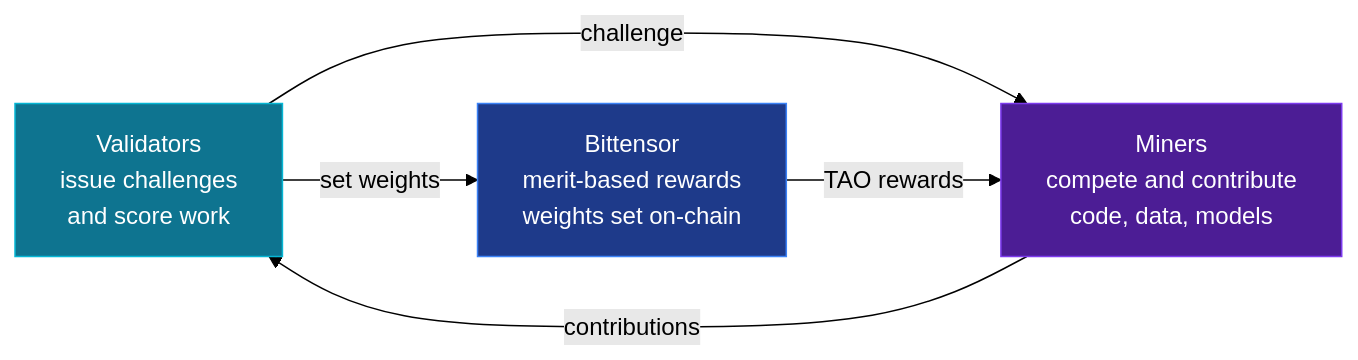
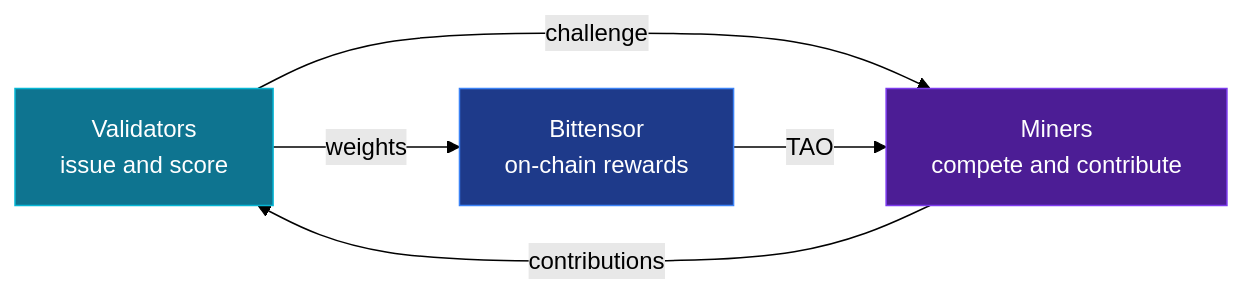
Before and after one commit to BaseIntelligence/.github: the second of 3 diagrams in profile/README.md, drawn with Mermaid (forest theme). The commit also changed other lines of this file, not shown here.

Commit message:
Optimize mermaid diagrams for width over height

````diff
--- a/profile/README.md
+++ b/profile/README.md
@@ -98,15 +95,16 @@
 ```mermaid
+%%{init: {'flowchart': {'nodeSpacing': 30, 'rankSpacing': 70}}}%%
 flowchart LR
-    V["Validators<br/>issue challenges<br/>and score work"]
-    M["Miners<br/>compete and contribute<br/>code, data, models"]
-    BT["Bittensor<br/>merit-based rewards<br/>weights set on-chain"]
+    V["Validators<br/>issue and score"]
+    M["Miners<br/>compete and contribute"]
+    BT["Bittensor<br/>on-chain rewards"]
 
-    V -- "challenge" --> M
-    M -- "contributions" --> V
-    V -- "set weights" --> BT
-    BT -- "TAO rewards" --> M
+    V -- challenge --> M
+    M -- contributions --> V
+    V -- weights --> BT
+    BT -- TAO --> M
 
     style V fill:#0e7490,stroke:#06b6d4,color:#fff
     style M fill:#4c1d95,stroke:#7c3aed,color:#fff
     style BT fill:#1e3a8a,stroke:#3b82f6,color:#fff
 ```
````
